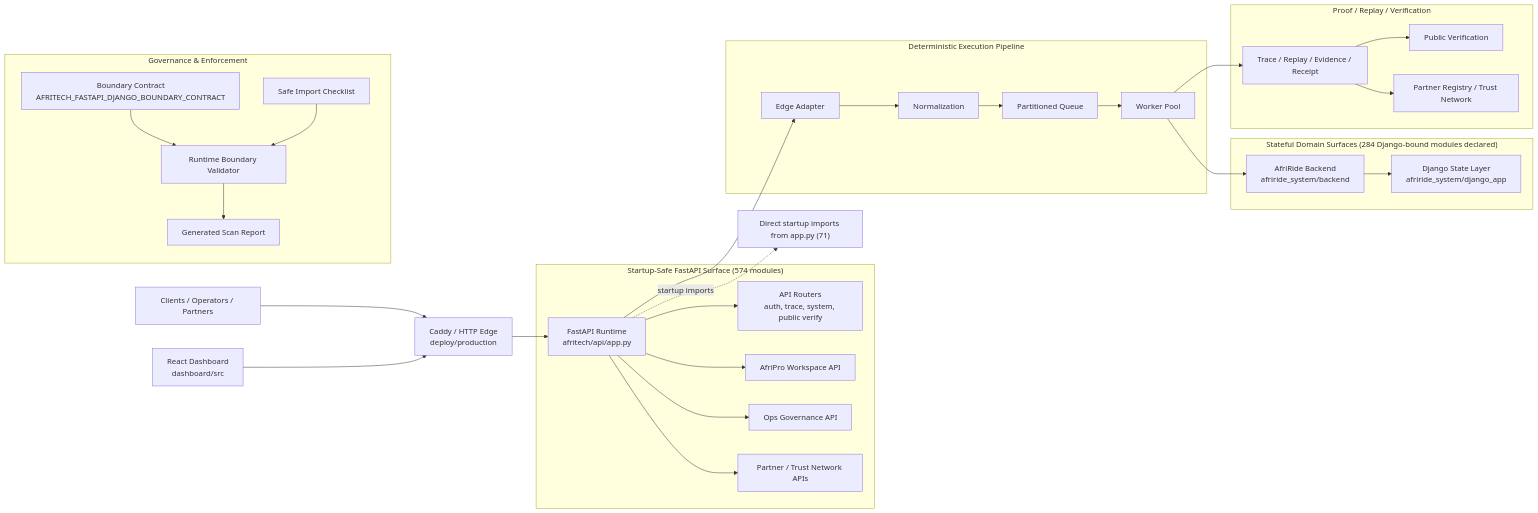
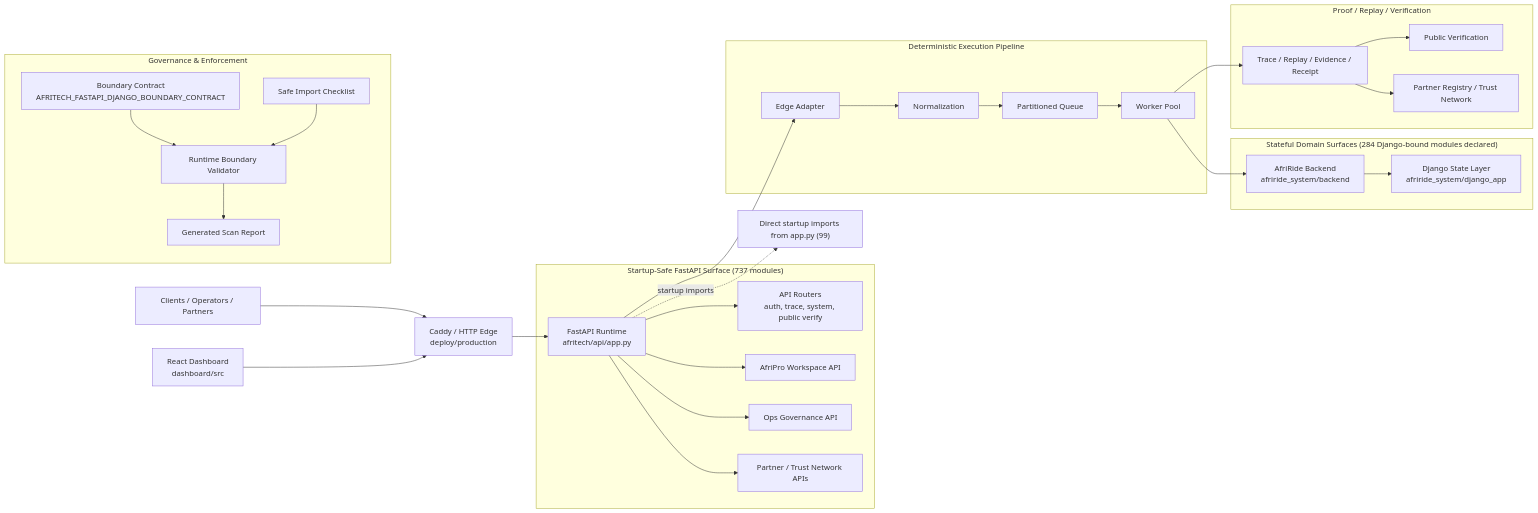
Before and after one commit to Strelly2023/afritelematics: the first of 2 diagrams in docs/architecture/AFRITECH_FULL_ARCHITECTURE_GRAPH.md, drawn with Mermaid. The commit also changed other lines of this file and 77 other files, not shown here.

````diff
--- a/docs/architecture/AFRITECH_FULL_ARCHITECTURE_GRAPH.md
+++ b/docs/architecture/AFRITECH_FULL_ARCHITECTURE_GRAPH.md
@@ -22,39 +22,39 @@
 ```mermaid
 flowchart LR
     Client["Clients / Operators / Partners"] --> Edge["Caddy / HTTP Edge\ndeploy/production"]
     Dashboard["React Dashboard\ndashboard/src"] --> Edge
     Edge --> App["FastAPI Runtime\nafritech/api/app.py"]
 
-    subgraph FastAPI["Startup-Safe FastAPI Surface (574 modules)"]
+    subgraph FastAPI["Startup-Safe FastAPI Surface (737 modules)"]
         App --> Api["API Routers\nauth, trace, system, public verify"]
         App --> Workspace["AfriPro Workspace API"]
         App --> Governance["Ops Governance API"]
         App --> Trust["Partner / Trust Network APIs"]
     end
 
     subgraph Pipeline["Deterministic Execution Pipeline"]
         App --> Adapt["Edge Adapter"]
         Adapt --> Normalize["Normalization"]
         Normalize --> Queue["Partitioned Queue"]
         Queue --> Worker["Worker Pool"]
     end
 
     subgraph State["Stateful Domain Surfaces (284 Django-bound modules declared)"]
         Worker --> Domain["AfriRide Backend\nafriride_system/backend"]
         Domain --> Django["Django State Layer\nafriride_system/django_app"]
     end
 
     subgraph Proof["Proof / Replay / Verification"]
         Worker --> Trace["Trace / Replay / Evidence / Receipt"]
         Trace --> Public["Public Verification"]
         Trace --> Registry["Partner Registry / Trust Network"]
     end
 
     subgraph GovernancePlane["Governance & Enforcement"]
         Contract["Boundary Contract\nAFRITECH_FASTAPI_DJANGO_BOUNDARY_CONTRACT"] --> Validator["Runtime Boundary Validator"]
         Checklist["Safe Import Checklist"] --> Validator
         Validator --> Review["Generated Scan Report"]
     end
 
-    App -. startup imports .-> Imports["Direct startup imports from app.py (71)"]
+    App -. startup imports .-> Imports["Direct startup imports from app.py (99)"]
 ```
````
